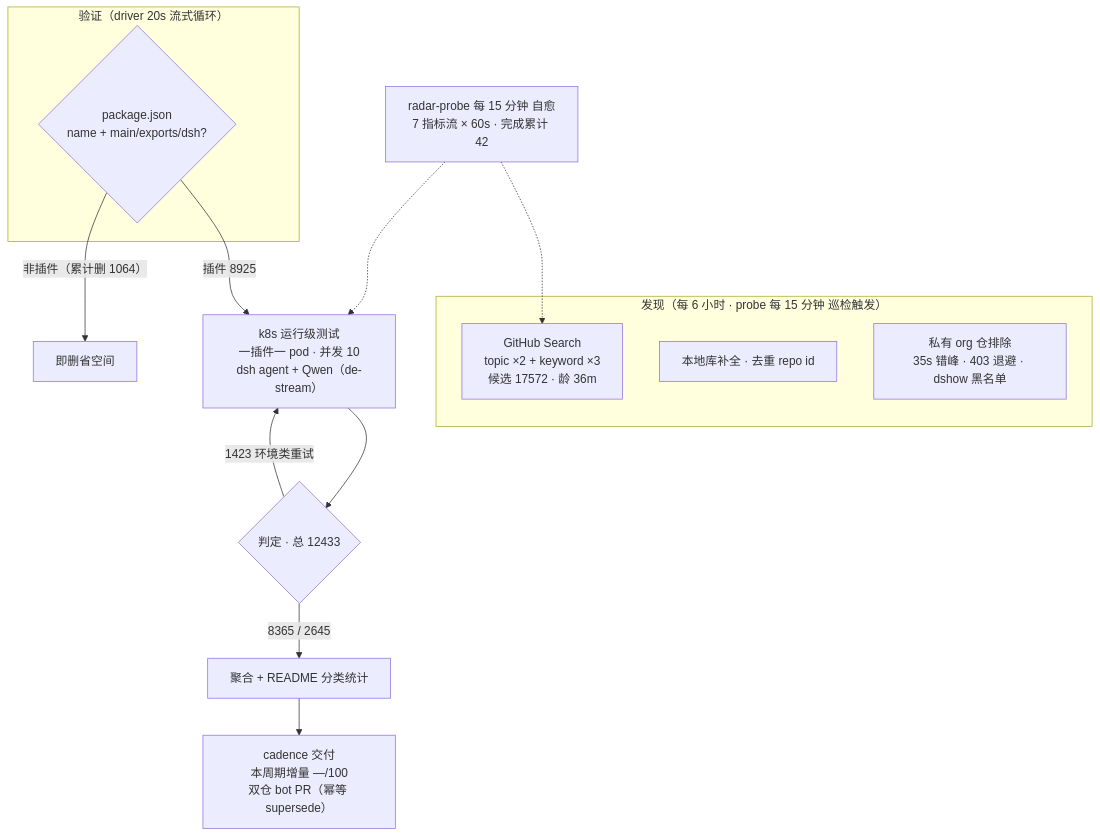
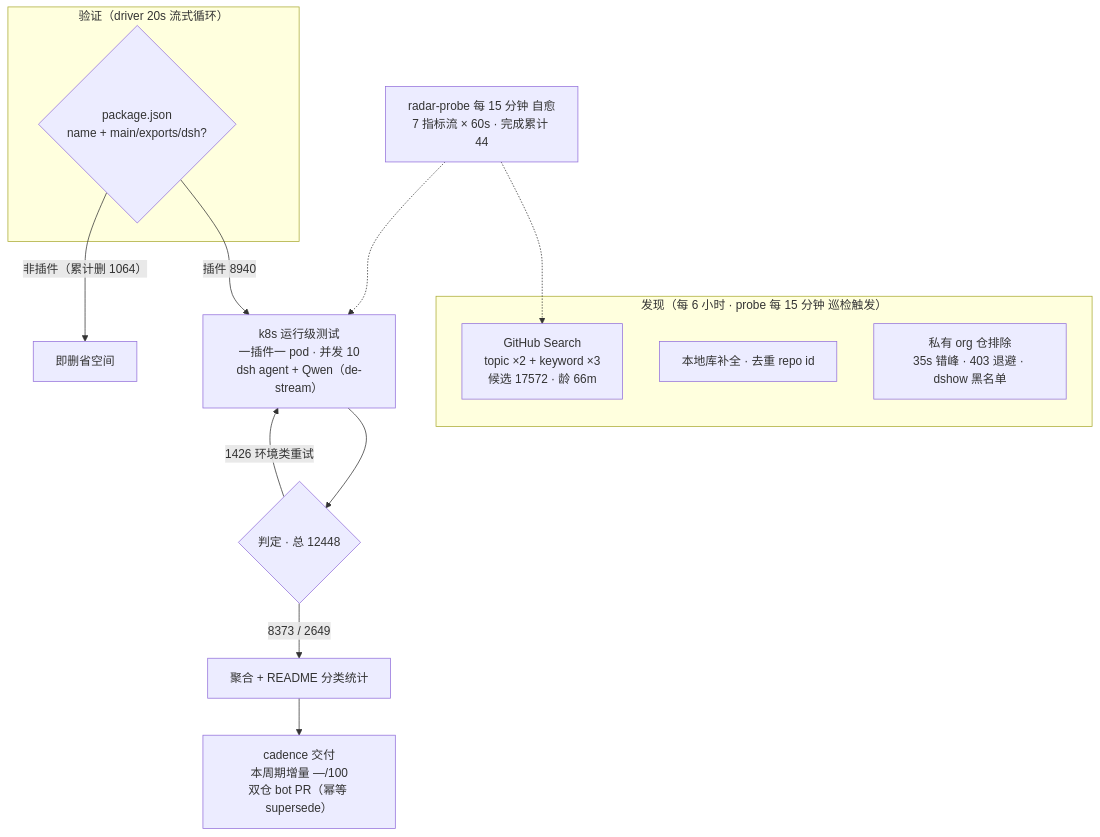
Before and after one commit to Zhidao-Lab-OSS/awesome-dsh-plugins: the diagram in README.md, drawn with Mermaid. The commit also changed other lines of this file and 1 other file, not shown here.

````diff
--- a/README.md
+++ b/README.md
@@ -52,20 +52,20 @@
 ```mermaid
 flowchart TB
     subgraph Discovery["发现（每 6 小时 · probe 每 15 分钟 巡检触发）"]
-        A1["GitHub Search<br/>topic ×2 + keyword ×3<br/>候选 17572 · 龄 36m"]
+        A1["GitHub Search<br/>topic ×2 + keyword ×3<br/>候选 17572 · 龄 66m"]
         A2["本地库补全 · 去重 repo id"]
         A3["私有 org 仓排除<br/>35s 错峰 · 403 退避 · dshow 黑名单"]
     end
     subgraph Validation["验证（driver 20s 流式循环）"]
         B1{"package.json<br/>name + main/exports/dsh?"}
     end
-    B1 -->|"插件 8925"| C1["k8s 运行级测试<br/>一插件一 pod · 并发 10<br/>dsh agent + Qwen（de-stream）"]
+    B1 -->|"插件 8940"| C1["k8s 运行级测试<br/>一插件一 pod · 并发 10<br/>dsh agent + Qwen（de-stream）"]
     B1 -->|"非插件（累计删 1064）"| B3["即删省空间"]
-    C1 --> D1{"判定 · 总 12433"}
-    D1 -->|"8365 / 2645"| E1["聚合 + README 分类统计"]
-    D1 -->|"1423 环境类重试"| C1
+    C1 --> D1{"判定 · 总 12448"}
+    D1 -->|"8373 / 2649"| E1["聚合 + README 分类统计"]
+    D1 -->|"1426 环境类重试"| C1
     E1 --> E2["cadence 交付<br/>本周期增量 —/100<br/>双仓 bot PR（幂等 supersede）"]
-    M["radar-probe 每 15 分钟 自愈<br/>7 指标流 × 60s · 完成累计 42"]
+    M["radar-probe 每 15 分钟 自愈<br/>7 指标流 × 60s · 完成累计 44"]
     M -.-> A1
     M -.-> C1
 ```
````
